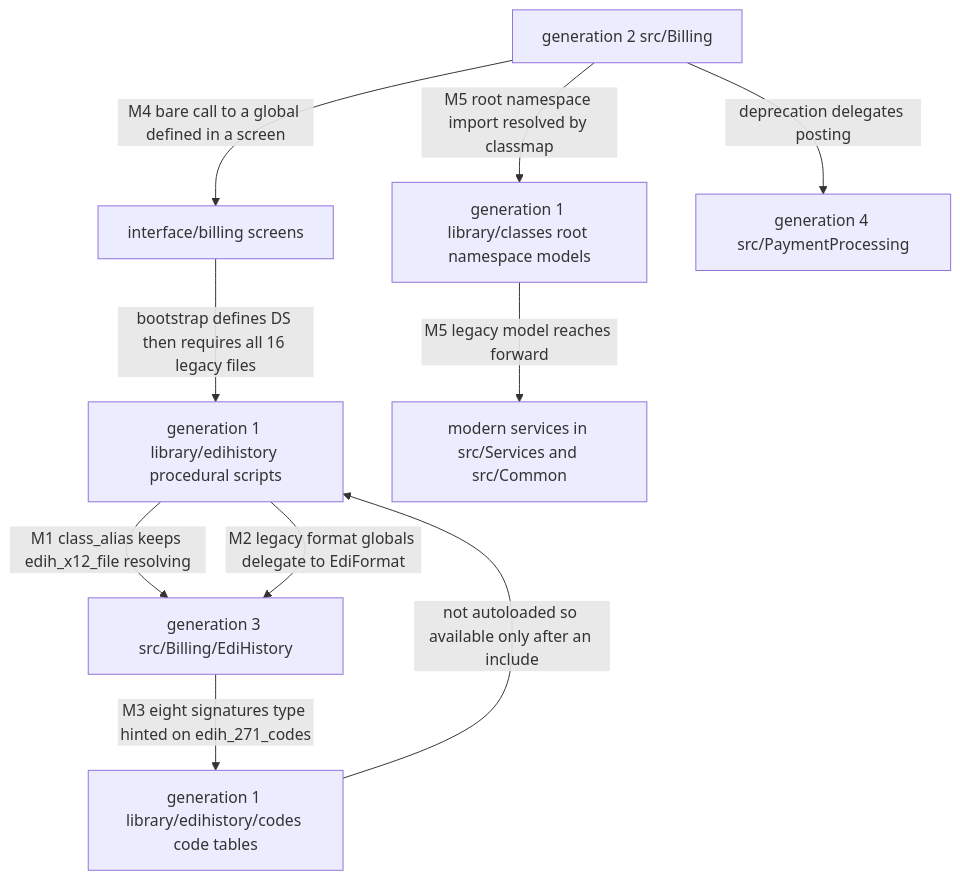
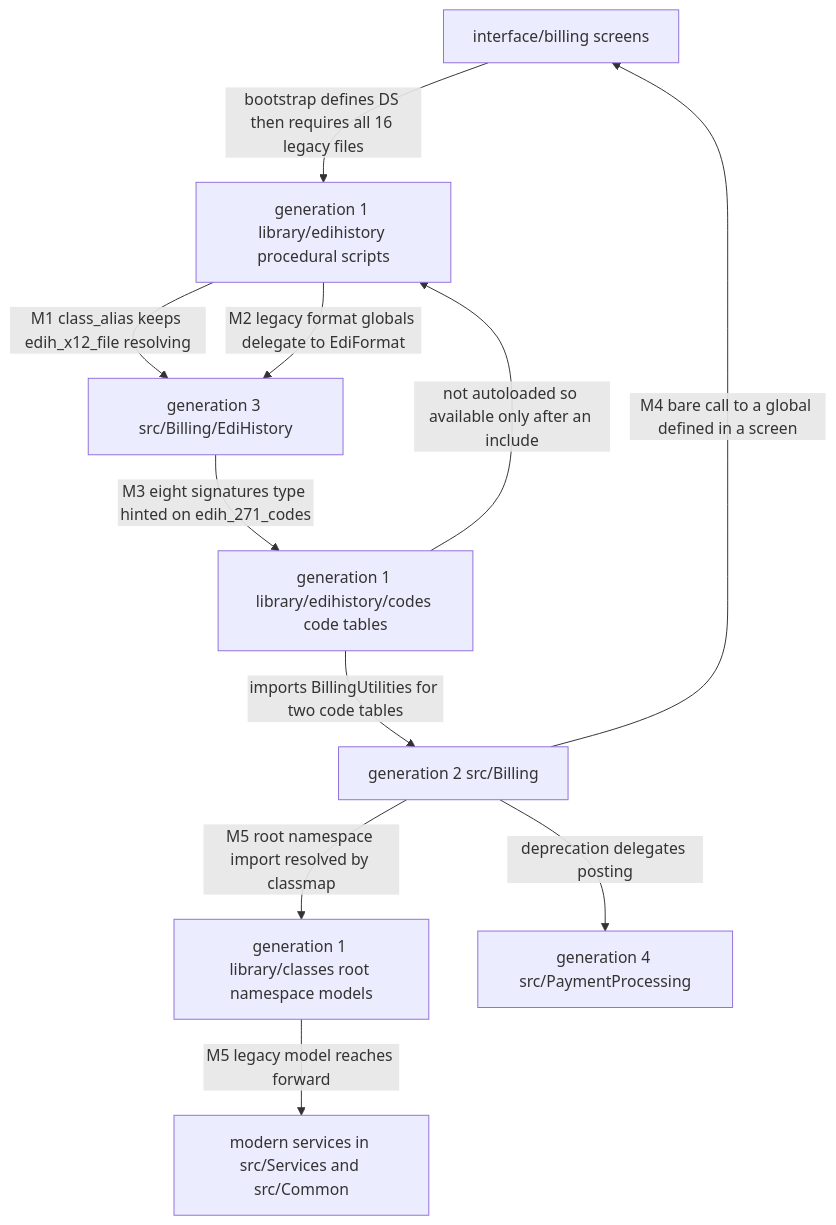
One commit to blitzy-public-samples/openemr changed the second of 4 diagrams in docs/edi/architecture.md. Above: the diagram before and after it, drawn with Mermaid. The commit also changed other lines of this file and 1 other file, not shown here.

First line of the commit message:
docs(edi): address review findings in architecture map and index

````diff
--- a/docs/edi/architecture.md
+++ b/docs/edi/architecture.md
@@ -336,20 +348,21 @@
 ```mermaid
 flowchart TB
     UI["interface/billing screens"]
     G1["generation 1 library/edihistory procedural scripts"]
     G1CODES["generation 1 library/edihistory/codes code tables"]
     G1MODELS["generation 1 library/classes root namespace models"]
     G2["generation 2 src/Billing"]
     G3["generation 3 src/Billing/EdiHistory"]
     G4["generation 4 src/PaymentProcessing"]
     SVC["modern services in src/Services and src/Common"]
     UI -- "bootstrap defines DS then requires all 16 legacy files" --> G1
     G1 -- "M1 class_alias keeps edih_x12_file resolving" --> G3
     G1 -- "M2 legacy format globals delegate to EdiFormat" --> G3
     G3 -- "M3 eight signatures type hinted on edih_271_codes" --> G1CODES
     G2 -- "M4 bare call to a global defined in a screen" --> UI
     G1CODES -- "not autoloaded so available only after an include" --> G1
+    G1CODES -- "imports BillingUtilities for two code tables" --> G2
     G2 -- "M5 root namespace import resolved by classmap" --> G1MODELS
     G1MODELS -- "M5 legacy model reaches forward" --> SVC
     G2 -- "deprecation delegates posting" --> G4
 ```
````
